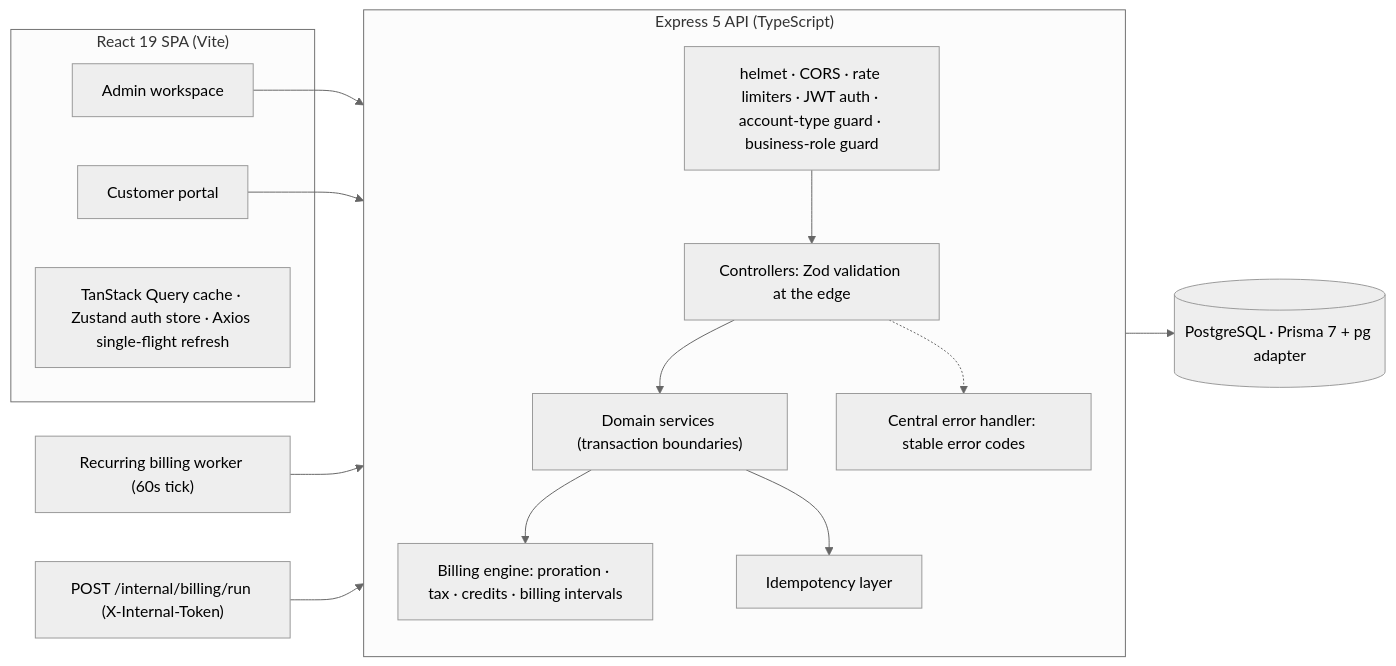
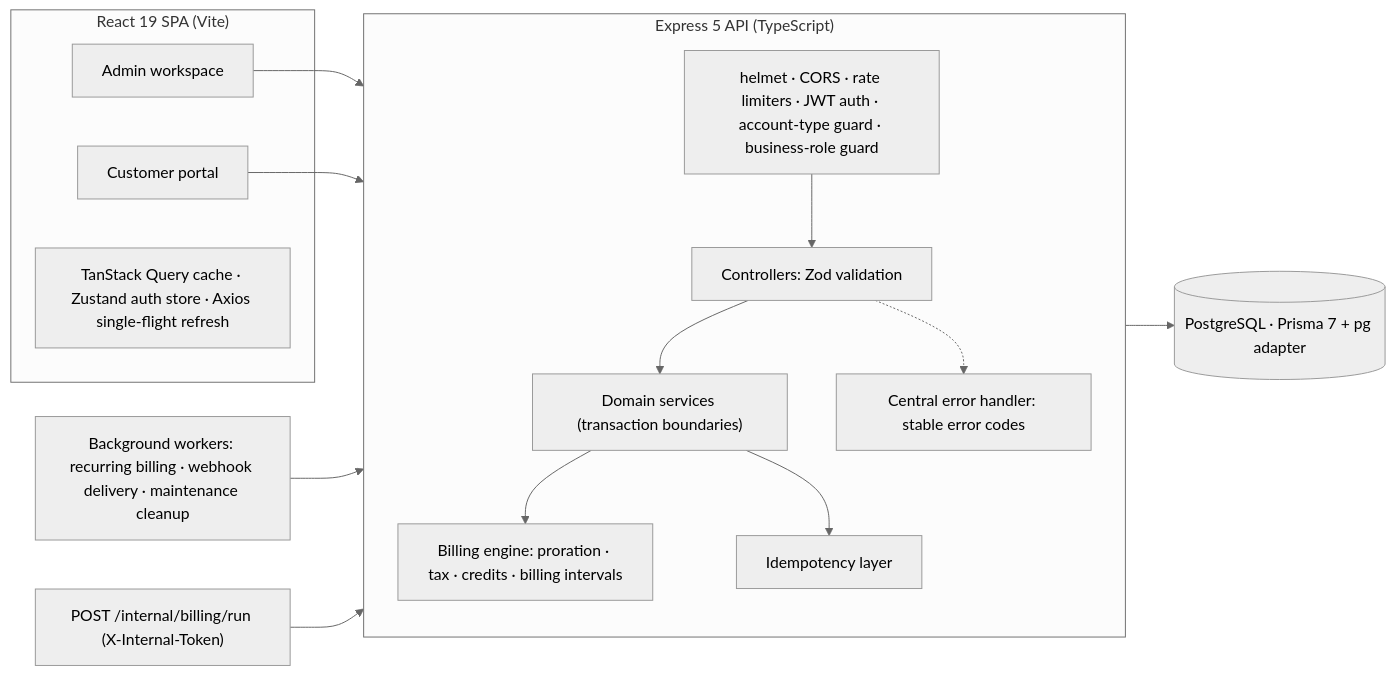
Before and after one commit to Yashikagoyal2103/Subvia: the first of 4 diagrams in README.md, drawn with Mermaid (neutral theme). The commit also changed other lines of this file and 5 other files, not shown here.

````diff
--- a/README.md
+++ b/README.md
@@ -155,32 +135,32 @@
 ```mermaid
 flowchart LR
   subgraph SPA["React 19 SPA (Vite)"]
     ADM["Admin workspace"]
     CUS["Customer portal"]
     STATE["TanStack Query cache · Zustand auth store · Axios single-flight refresh"]
   end
 
   subgraph API["Express 5 API (TypeScript)"]
     direction TB
     MW["helmet · CORS · rate limiters · JWT auth · account-type guard · business-role guard"]
-    CTRL["Controllers: Zod validation at the edge"]
+    CTRL["Controllers: Zod validation"]
     SVC["Domain services (transaction boundaries)"]
     ENG["Billing engine: proration · tax · credits · billing intervals"]
     IDEM["Idempotency layer"]
     ERR["Central error handler: stable error codes"]
     MW --> CTRL --> SVC
     SVC --> ENG
     SVC --> IDEM
     CTRL -.-> ERR
   end
 
-  WORKER["Recurring billing worker (60s tick)"]
+  WORKER["Background workers: recurring billing · webhook delivery · maintenance cleanup"]
   INTERNAL["POST /internal/billing/run (X-Internal-Token)"]
   DB[("PostgreSQL · Prisma 7 + pg adapter")]
 
   ADM --> MW
   CUS --> MW
   SVC --> DB
   WORKER --> SVC
   INTERNAL --> SVC
 ```
````
